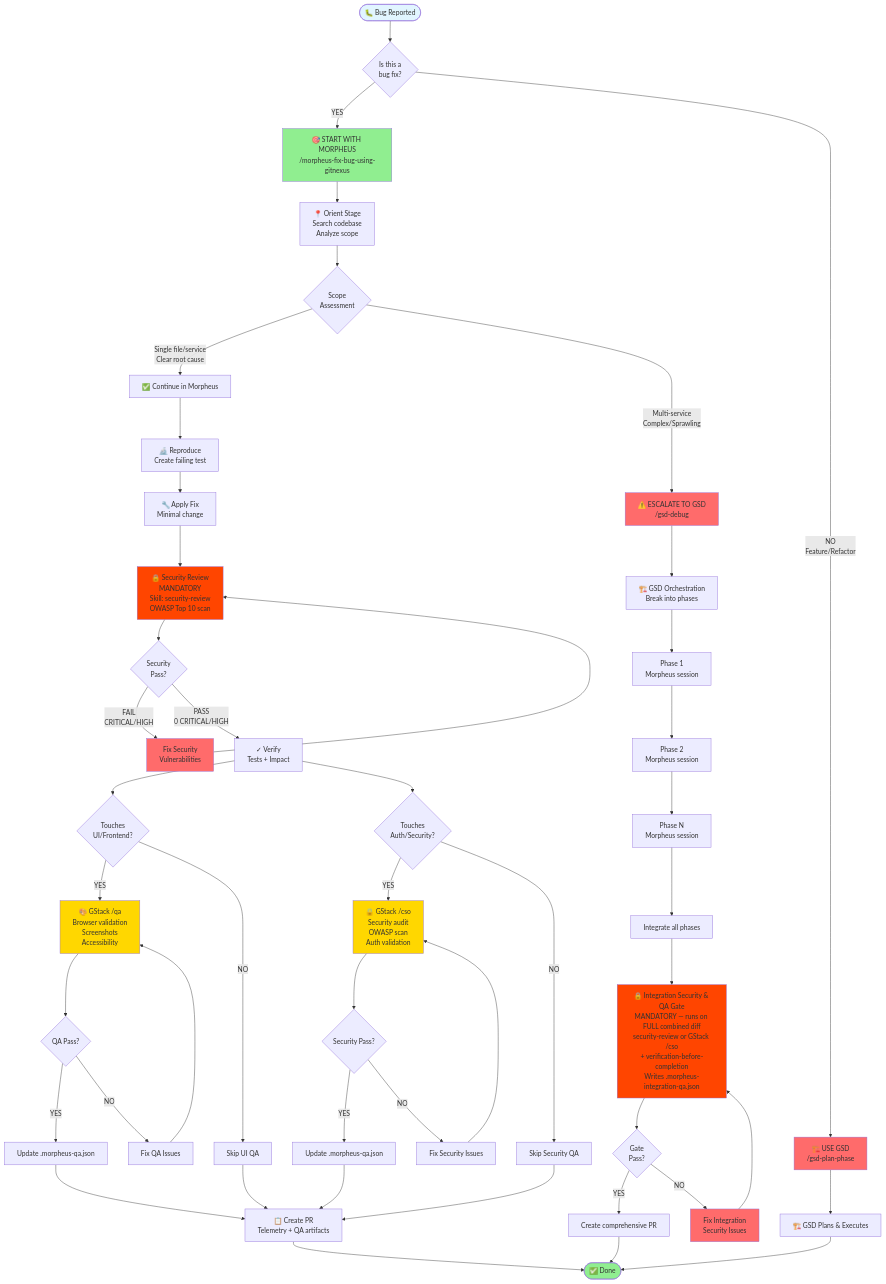
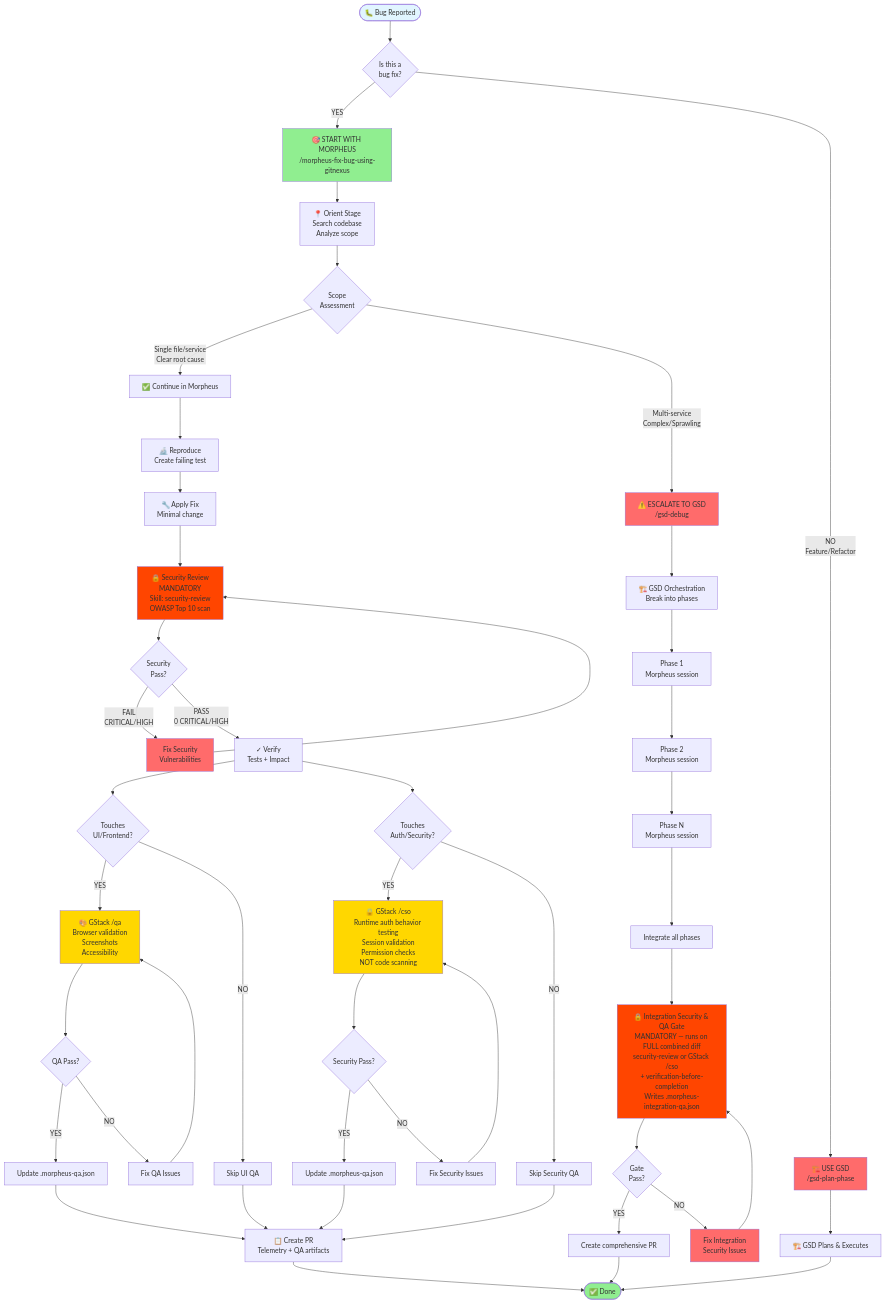
One commit to LogeswaranA/bug-fixer changed the first of 7 diagrams in docs/MORPHEUS-FLOWCHART-ONLY.md. Above: the diagram before and after it, drawn with Mermaid. The commit also changed other lines of this file, not shown here.

First line of the commit message:
docs(morpheus): clarify Security Review vs GStack /cso distinction

````diff
--- a/docs/MORPHEUS-FLOWCHART-ONLY.md
+++ b/docs/MORPHEUS-FLOWCHART-ONLY.md
@@ -7,73 +18,73 @@
 ```mermaid
 flowchart TD
     Start([🐛 Bug Reported]) --> IsBug{Is this a<br/>bug fix?}
     
     IsBug -->|YES| Morpheus[🎯 START WITH MORPHEUS<br/>/morpheus-fix-bug-using-gitnexus]
     IsBug -->|NO<br/>Feature/Refactor| GSD[🏗️ USE GSD<br/>/gsd-plan-phase]
     
     Morpheus --> Orient[📍 Orient Stage<br/>Search codebase<br/>Analyze scope]
     
     Orient --> ScopeCheck{Scope<br/>Assessment}
     
     ScopeCheck -->|Single file/service<br/>Clear root cause| Continue[✅ Continue in Morpheus]
     ScopeCheck -->|Multi-service<br/>Complex/Sprawling| EscalateGSD[⚠️ ESCALATE TO GSD<br/>/gsd-debug]
     
     Continue --> Reproduce[🔬 Reproduce<br/>Create failing test]
     Reproduce --> Fix[🔧 Apply Fix<br/>Minimal change]
     Fix --> SecReview[🔒 Security Review<br/>MANDATORY<br/>Skill: security-review<br/>OWASP Top 10 scan]
     
     SecReview --> SecReviewPass{Security<br/>Pass?}
     SecReviewPass -->|FAIL<br/>CRITICAL/HIGH| FixSecVuln[Fix Security<br/>Vulnerabilities] --> SecReview
     SecReviewPass -->|PASS<br/>0 CRITICAL/HIGH| Verify[✓ Verify<br/>Tests + Impact]
     
     Verify --> TouchUI{Touches<br/>UI/Frontend?}
     Verify --> TouchSec{Touches<br/>Auth/Security?}
     
     TouchUI -->|YES| GStackQA[🎨 GStack /qa<br/>Browser validation<br/>Screenshots<br/>Accessibility]
     TouchUI -->|NO| SkipQA[Skip UI QA]
     
-    TouchSec -->|YES| GStackCSO[🔒 GStack /cso<br/>Security audit<br/>OWASP scan<br/>Auth validation]
+    TouchSec -->|YES| GStackCSO[🔒 GStack /cso<br/>Runtime auth behavior testing<br/>Session validation<br/>Permission checks<br/>NOT code scanning]
     TouchSec -->|NO| SkipCSO[Skip Security QA]
     
     GStackQA --> QAPass{QA Pass?}
     QAPass -->|YES| UpdateQA[Update .morpheus-qa.json]
     QAPass -->|NO| FixIssues[Fix QA Issues] --> GStackQA
     
     GStackCSO --> SecPass{Security Pass?}
     SecPass -->|YES| UpdateSec[Update .morpheus-qa.json]
     SecPass -->|NO| FixSec[Fix Security Issues] --> GStackCSO
     
     SkipQA --> CreatePR
     SkipCSO --> CreatePR
     UpdateQA --> CreatePR
     UpdateSec --> CreatePR
     
     CreatePR[📋 Create PR<br/>Telemetry + QA artifacts]
     CreatePR --> Done([✅ Done])
     
     EscalateGSD --> GSDPhases[🏗️ GSD Orchestration<br/>Break into phases]
     GSDPhases --> Phase1[Phase 1<br/>Morpheus session]
     Phase1 --> Phase2[Phase 2<br/>Morpheus session]
     Phase2 --> PhaseN[Phase N<br/>Morpheus session]
     PhaseN --> GSDIntegrate[Integrate all phases]
     GSDIntegrate --> IntegSecGate[🔒 Integration Security & QA Gate<br/>MANDATORY — runs on FULL combined diff<br/>security-review or GStack /cso<br/>+ verification-before-completion<br/>Writes .morpheus-integration-qa.json]
     IntegSecGate --> IntegSecPass{Gate<br/>Pass?}
     IntegSecPass -->|YES| GSDPullRequest[Create comprehensive PR]
     IntegSecPass -->|NO| FixIntegSec[Fix Integration<br/>Security Issues] --> IntegSecGate
     GSDPullRequest --> Done
     
     GSD --> GSDWork[🏗️ GSD Plans & Executes]
     GSDWork --> Done
     
     style Start fill:#e1f5ff
     style Morpheus fill:#90EE90
     style SecReview fill:#FF4500
     style FixSecVuln fill:#FF6B6B
     style GStackQA fill:#FFD700
     style GStackCSO fill:#FFD700
     style EscalateGSD fill:#FF6B6B
     style GSD fill:#FF6B6B
     style Done fill:#90EE90
     style IntegSecGate fill:#FF4500
     style FixIntegSec fill:#FF6B6B
 ```
````
